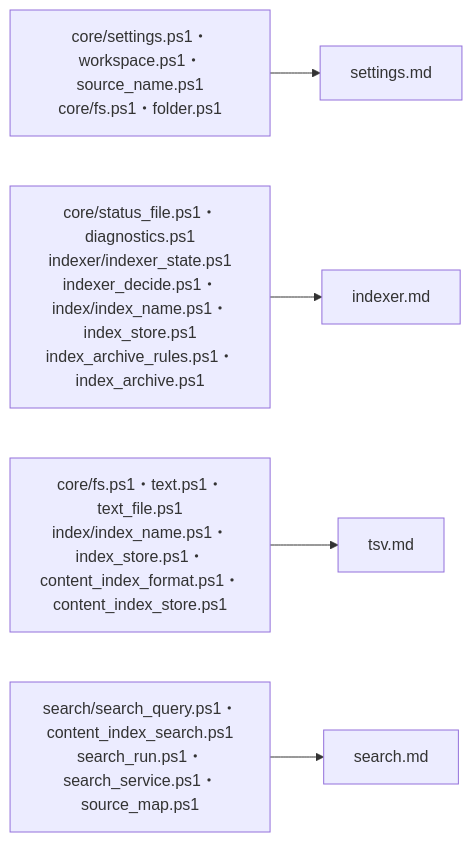
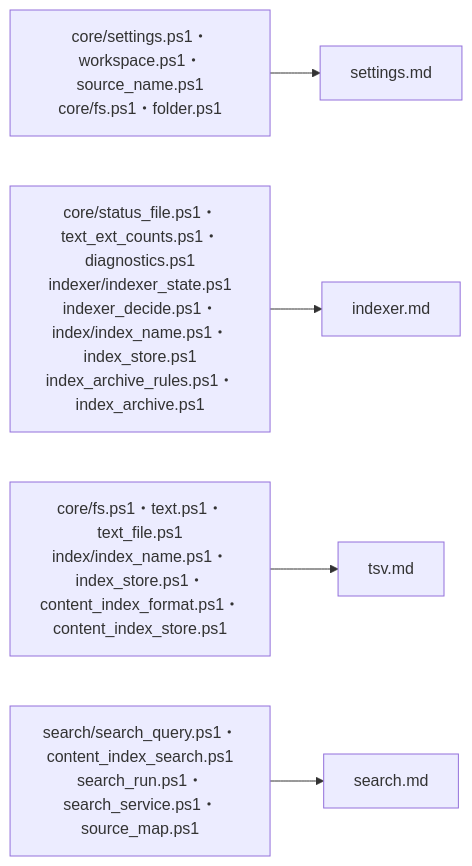
Before and after one commit to hsgwa/tebunko: the first of 3 diagrams in docs/design/reference/index.md, drawn with Mermaid. The commit also changed other lines of this file and 104 other files, not shown here.

````diff
--- a/docs/design/reference/index.md
+++ b/docs/design/reference/index.md
@@ -12,7 +12,7 @@
 ```mermaid
 flowchart LR
     settings["core/settings.ps1・workspace.ps1・source_name.ps1<br>core/fs.ps1・folder.ps1"] --> P1["settings.md"]
-    indexer["core/status_file.ps1・diagnostics.ps1<br>indexer/indexer_state.ps1<br>indexer_decide.ps1・index/index_name.ps1・index_store.ps1<br>index_archive_rules.ps1・index_archive.ps1"] --> P2["indexer.md"]
+    indexer["core/status_file.ps1・text_ext_counts.ps1・diagnostics.ps1<br>indexer/indexer_state.ps1<br>indexer_decide.ps1・index/index_name.ps1・index_store.ps1<br>index_archive_rules.ps1・index_archive.ps1"] --> P2["indexer.md"]
     tsv["core/fs.ps1・text.ps1・text_file.ps1<br>index/index_name.ps1・index_store.ps1・content_index_format.ps1・content_index_store.ps1"] --> P3["tsv.md"]
     search["search/search_query.ps1・content_index_search.ps1<br>search_run.ps1・search_service.ps1・source_map.ps1"] --> P4["search.md"]
 ```
````
